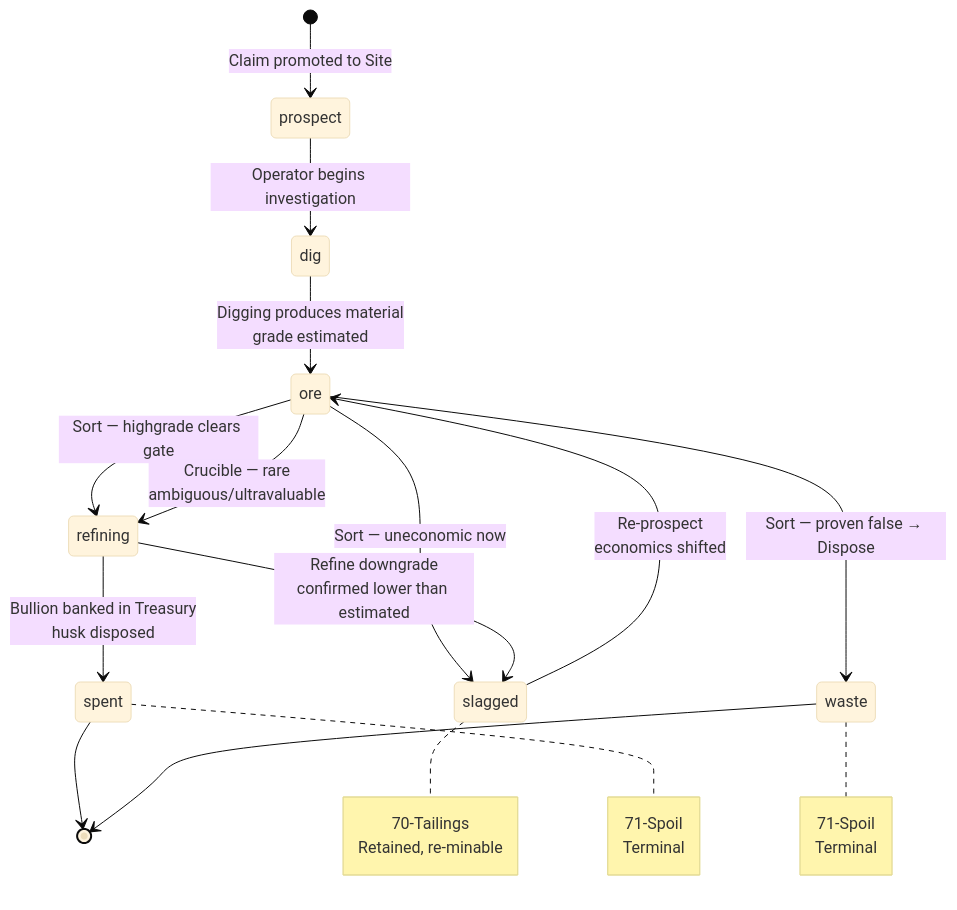
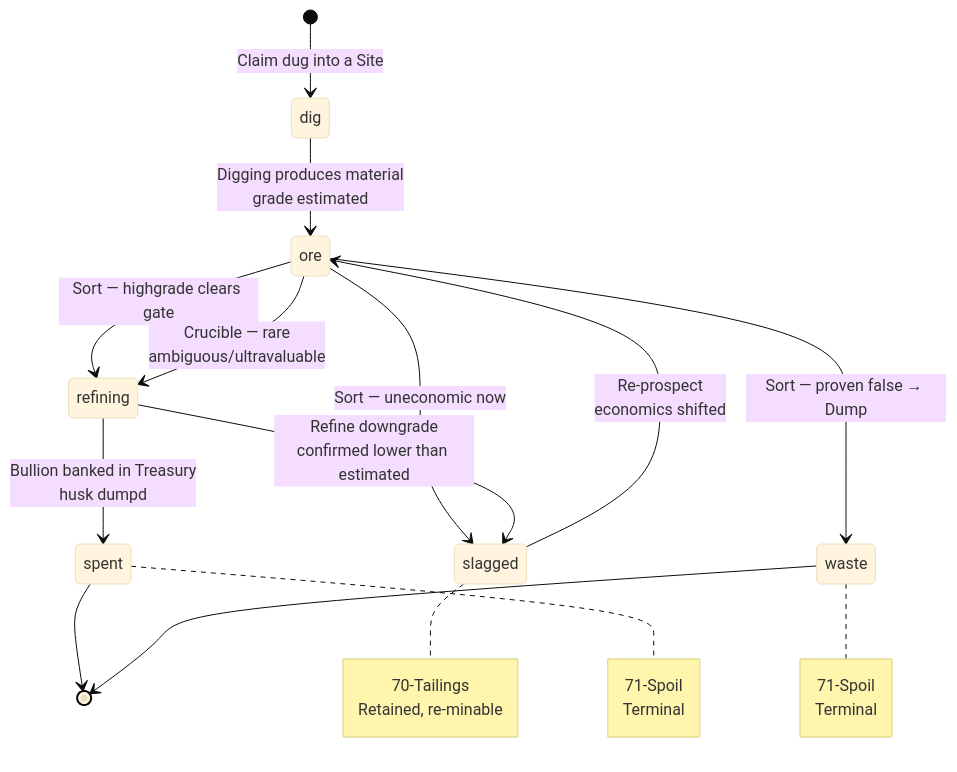
One commit to keith-nielsen/memory-mining changed the second of 7 diagrams in docs/diagrams.md. Above: the diagram before and after it, drawn with Mermaid. The commit also changed other lines of this file and 27 other files, not shown here.

````diff
--- a/docs/diagrams.md
+++ b/docs/diagrams.md
@@ -79,35 +79,34 @@
 ```mermaid
 %%{init: {'theme': 'base'}}%%
 stateDiagram-v2
     direction TB
 
-    [*] --> prospect : Claim promoted to Site
+    [*] --> dig : Claim dug into a Site
 
-    prospect --> dig : Operator begins investigation
     dig --> ore : Digging produces material<br/>grade estimated
 
     ore --> refining : Sort — highgrade clears gate
     ore --> slagged : Sort — uneconomic now
-    ore --> waste : Sort — proven false → Dispose
+    ore --> waste : Sort — proven false → Dump
     ore --> refining : Crucible — rare<br/>ambiguous/ultravaluable
 
     slagged --> ore : Re-prospect<br/>economics shifted
 
-    refining --> spent : Bullion banked in Treasury<br/>husk disposed
+    refining --> spent : Bullion banked in Treasury<br/>husk dumpd
     refining --> slagged : Refine downgrade<br/>confirmed lower than estimated
 
     spent --> [*]
     waste --> [*]
 
     note right of slagged
         70-Tailings<br/>Retained, re-minable
     end note
 
     note right of spent
         71-Spoil<br/>Terminal
     end note
 
     note right of waste
         71-Spoil<br/>Terminal
     end note
 ```
````
